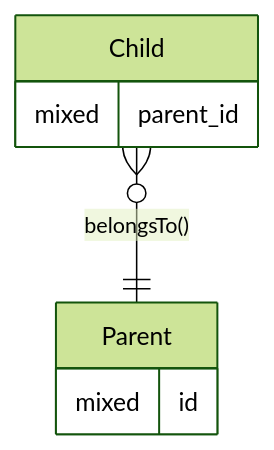
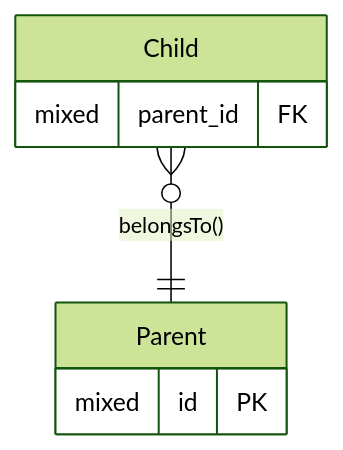
One commit to judgej/laravel-stuff changed the fourth of 4 diagrams in model-relationships.md. Above: the diagram before and after it, drawn with Mermaid (forest theme). The commit also changed other lines of this file, not shown here.

````diff
--- a/model-relationships.md
+++ b/model-relationships.md
@@ -53,10 +155,10 @@
 ```mermaid
 erDiagram
     Child }o--|| Parent : "belongsTo()"
     Parent {
-        mixed id
+        mixed id PK
     }
     Child {
-        mixed parent_id
+        mixed parent_id FK
     }
 ```
````
